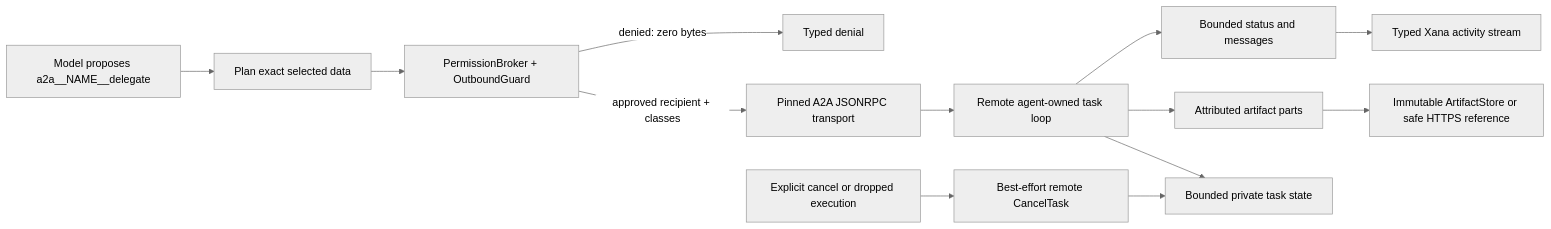
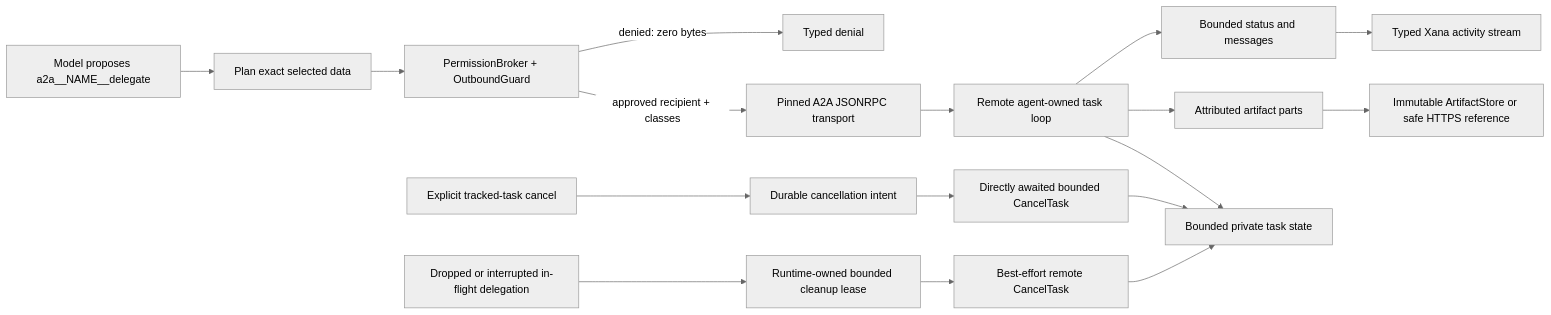
One commit to labcoder/xana changed diagram 21 of 21 in docs/architecture/README.md. Above: the diagram before and after it, drawn with Mermaid (neutral theme). The commit also changed other lines of this file and 3 other files, not shown here.

Commit message:
docs(architecture): record interoperability hardening

````diff
--- a/docs/architecture/README.md
+++ b/docs/architecture/README.md
@@ -1458,15 +1461,19 @@
 ```mermaid
 flowchart LR
     M["Model proposes a2a__NAME__delegate"] --> P["Plan exact selected data"]
     P --> G["PermissionBroker + OutboundGuard"]
     G -->|"denied: zero bytes"| D["Typed denial"]
     G -->|"approved recipient + classes"| W["Pinned A2A JSONRPC transport"]
     W --> R["Remote agent-owned task loop"]
     R --> S["Bounded status and messages"]
     R --> A["Attributed artifact parts"]
     S --> E["Typed Xana activity stream"]
     A --> I["Immutable ArtifactStore or safe HTTPS reference"]
     R --> T["Bounded private task state"]
-    C["Explicit cancel or dropped execution"] --> X["Best-effort remote CancelTask"]
+    C["Dropped or interrupted in-flight delegation"] --> L["Runtime-owned bounded cleanup lease"]
+    L --> X["Best-effort remote CancelTask"]
+    EC["Explicit tracked-task cancel"] --> DI["Durable cancellation intent"]
+    DI --> B["Directly awaited bounded CancelTask"]
+    B --> T
     X --> T
 ```
````
